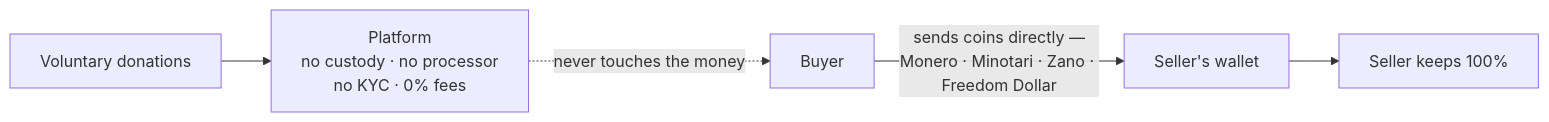
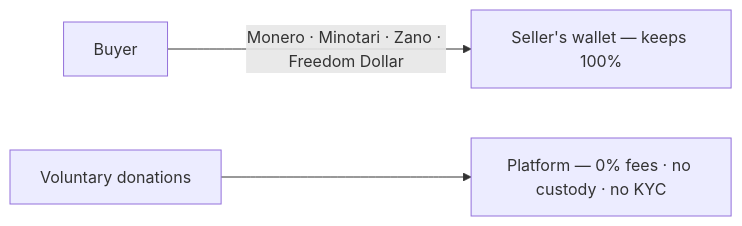
Before and after one commit to yerbaforums/xistrymemz: the second of 4 diagrams in README.md, drawn with Mermaid. The commit also changed other lines of this file and 9 other files, not shown here.

````diff
--- a/README.md
+++ b/README.md
@@ -112,7 +79,5 @@
 ```mermaid
 flowchart LR
-  Buyer[Buyer] -->|sends coins directly —<br/>Monero · Minotari · Zano · Freedom Dollar| Wallet[Seller's wallet]
-  Wallet --> Kept[Seller keeps 100%]
-  Donors[Voluntary donations] --> Platform[Platform<br/>no custody · no processor<br/>no KYC · 0% fees]
-  Platform -.->|never touches the money| Buyer
+  Buyer[Buyer] -->|Monero · Minotari · Zano · Freedom Dollar| Seller[Seller's wallet — keeps 100%]
+  Donors[Voluntary donations] --> Platform[Platform — 0% fees · no custody · no KYC]
 ```
````
